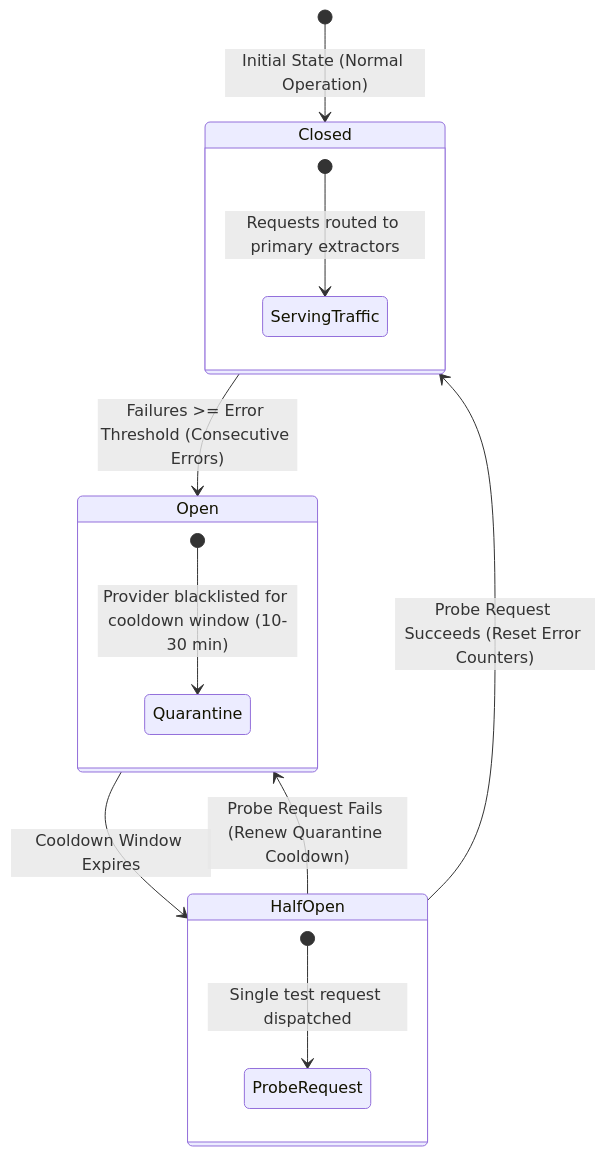
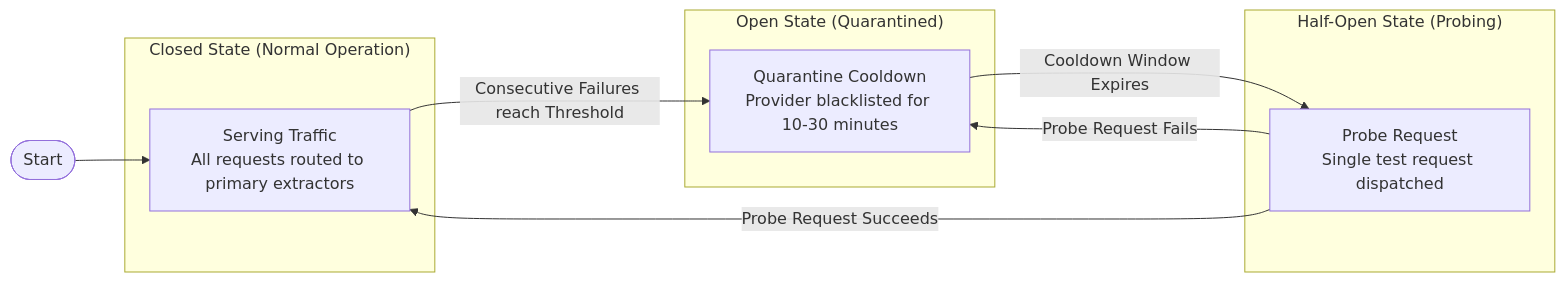
Before and after one commit to kichukic/Forus: the fifth of 5 diagrams in README.md, drawn with Mermaid. The commit also changed other lines of this file and 1 other file, not shown here.

````diff
--- a/README.md
+++ b/README.md
@@ -233,23 +234,23 @@
 ```mermaid
-stateDiagram-v2
-    [*] --> Closed: Initial State (Normal Operation)
-    
-    state Closed {
-        [*] --> ServingTraffic: Requests routed to primary extractors
-    }
+flowchart LR
+    Init(["Start"]) --> Closed
 
-    Closed --> Open: Failures >= Error Threshold (Consecutive Errors)
-    
-    state Open {
-        [*] --> Quarantine: Provider blacklisted for cooldown window (10-30 min)
-    }
+    subgraph S_Closed ["Closed State (Normal Operation)"]
+        Closed["Serving Traffic<br/>All requests routed to primary extractors"]
+    end
 
-    Open --> HalfOpen: Cooldown Window Expires
-    
-    state HalfOpen {
-        [*] --> ProbeRequest: Single test request dispatched
-    }
+    Closed -->|Consecutive Failures reach Threshold| Open
 
-    HalfOpen --> Closed: Probe Request Succeeds (Reset Error Counters)
-    HalfOpen --> Open: Probe Request Fails (Renew Quarantine Cooldown)
+    subgraph S_Open ["Open State (Quarantined)"]
+        Open["Quarantine Cooldown<br/>Provider blacklisted for 10-30 minutes"]
+    end
+
+    Open -->|Cooldown Window Expires| HalfOpen
+
+    subgraph S_HalfOpen ["Half-Open State (Probing)"]
+        HalfOpen["Probe Request<br/>Single test request dispatched"]
+    end
+
+    HalfOpen -->|Probe Request Succeeds| Closed
+    HalfOpen -->|Probe Request Fails| Open
 ```
````
